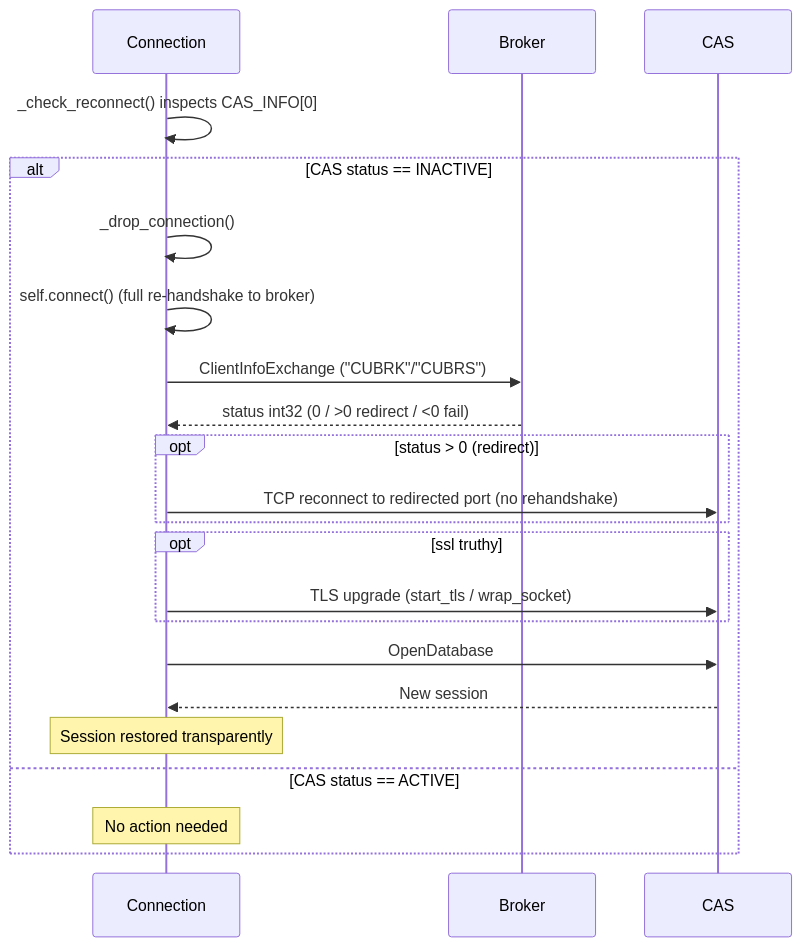
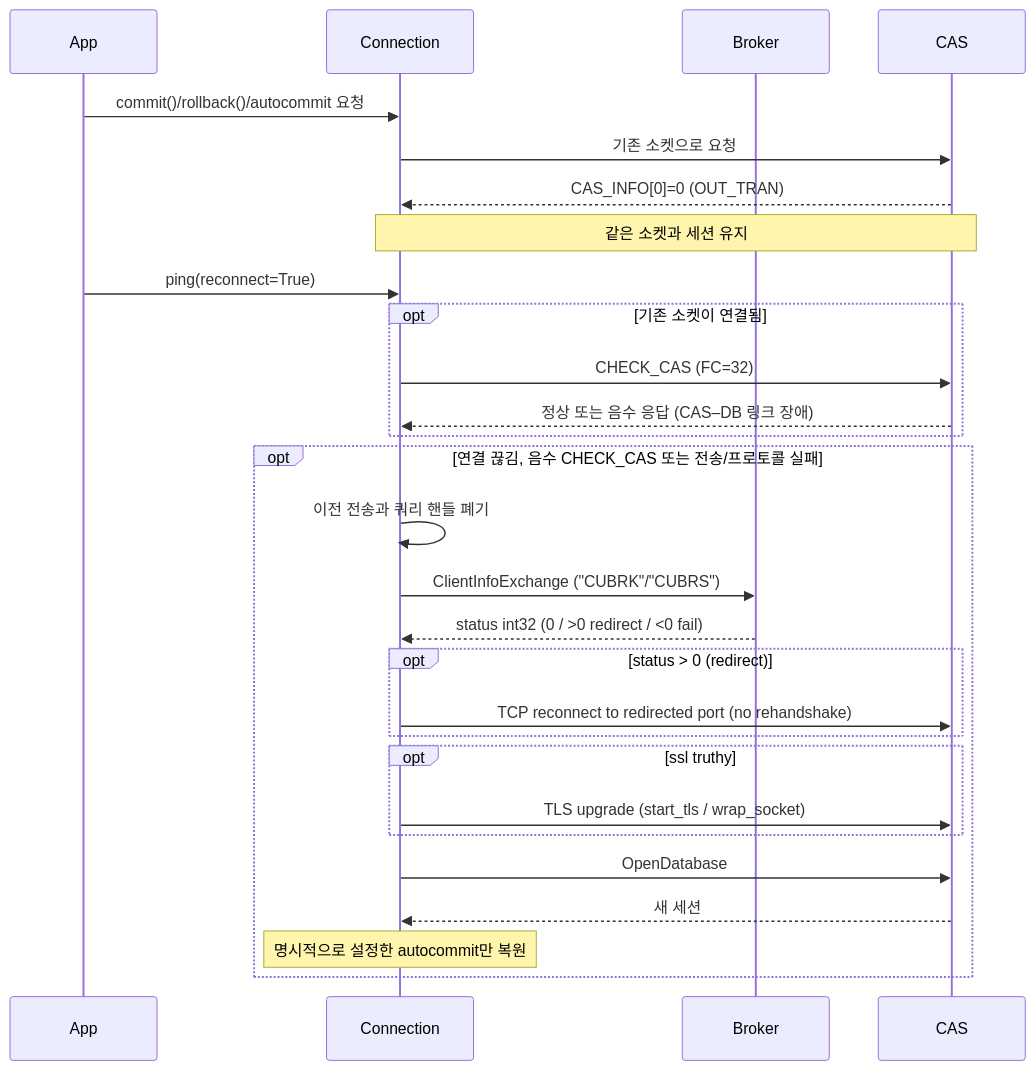
The third of 5 diagrams in docs/ko/ARCHITECTURE.md (cubrid-lab/pycubrid), drawn with Mermaid before and after one commit. The commit also changed other lines of this file and 29 other files, not shown here.

````diff
--- a/docs/ko/ARCHITECTURE.md
+++ b/docs/ko/ARCHITECTURE.md
@@ -89,25 +94,31 @@
 ```mermaid
 sequenceDiagram
+    participant App
     participant Connection
     participant Broker
     participant CAS
 
-    Connection->>Connection: _check_reconnect() inspects CAS_INFO[0]
-    alt CAS status == INACTIVE
-      Connection->>Connection: _drop_connection()
-      Connection->>Connection: self.connect() (full re-handshake to broker)
+    App->>Connection: commit()/rollback()/autocommit 요청
+    Connection->>CAS: 기존 소켓으로 요청
+    CAS-->>Connection: CAS_INFO[0]=0 (OUT_TRAN)
+    note over Connection,CAS: 같은 소켓과 세션 유지
+    App->>Connection: ping(reconnect=True)
+    opt 기존 소켓이 연결됨
+      Connection->>CAS: CHECK_CAS (FC=32)
+      CAS-->>Connection: 정상 또는 음수 응답 (CAS–DB 링크 장애)
+    end
+    opt 연결 끊김, 음수 CHECK_CAS 또는 전송/프로토콜 실패
+      Connection->>Connection: 이전 전송과 쿼리 핸들 폐기
       Connection->>Broker: ClientInfoExchange ("CUBRK"/"CUBRS")
       Broker-->>Connection: status int32 (0 / >0 redirect / <0 fail)
       opt status > 0 (redirect)
         Connection->>CAS: TCP reconnect to redirected port (no rehandshake)
       end
       opt ssl truthy
         Connection->>CAS: TLS upgrade (start_tls / wrap_socket)
       end
       Connection->>CAS: OpenDatabase
-      CAS-->>Connection: New session
-      note over Connection: Session restored transparently
-    else CAS status == ACTIVE
-      note over Connection: No action needed
+      CAS-->>Connection: 새 세션
+      note over Connection: 명시적으로 설정한 autocommit만 복원
     end
 ```
````
